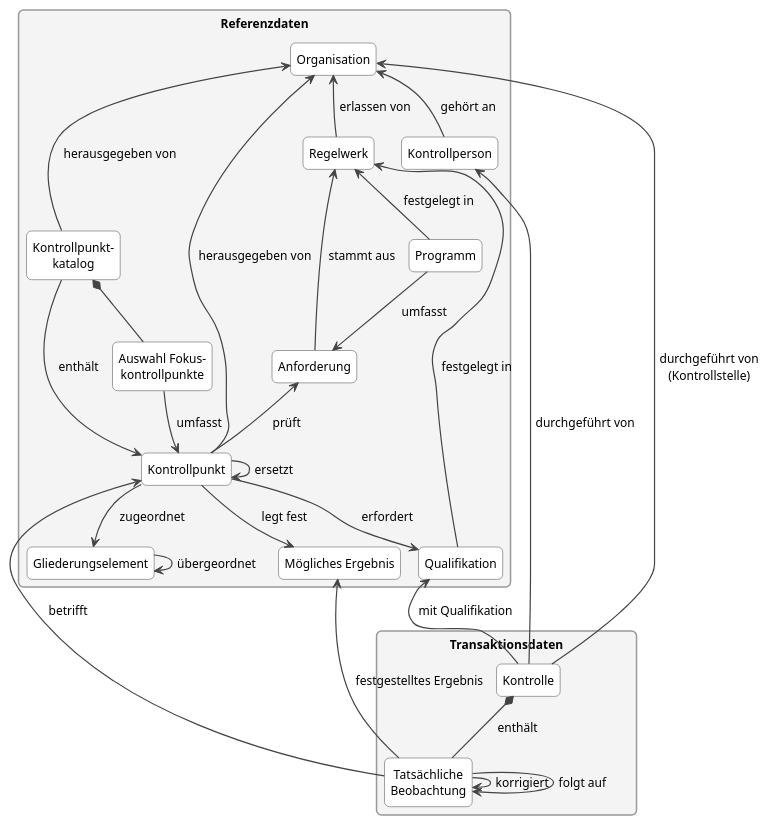
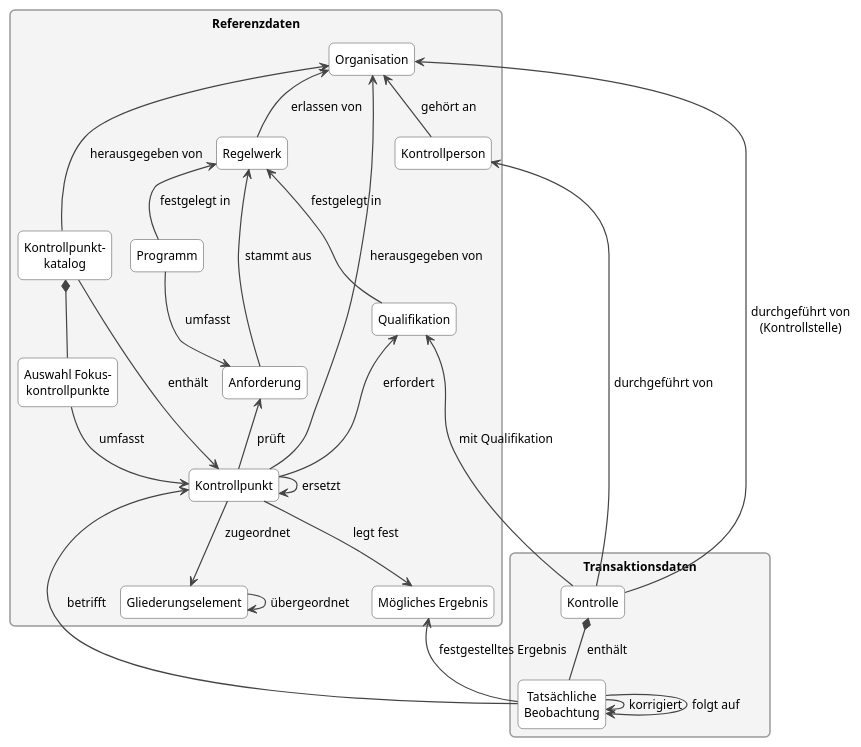
One commit to blw-ofag-ufag/eCH-0264 changed the diagram in docs/de/assets/puml/conceptual_model.puml. Above: the diagram before and after it, drawn with PlantUML. The commit also changed other lines of this file and 24 other files, not shown here.

```diff
--- a/docs/de/assets/puml/conceptual_model.puml
+++ b/docs/de/assets/puml/conceptual_model.puml
@@ -5,63 +10,63 @@
 @startuml
 !pragma layout smetana
 skinparam shadowing false
 skinparam roundCorner 10
 skinparam packageStyle rectangle
 skinparam defaultFontSize 12
 skinparam Padding 3
 skinparam ArrowColor #444444
 skinparam ArrowThickness 1.2
 skinparam classBorderColor #444444
 skinparam classBackgroundColor #FFFFFF
 skinparam packageBorderColor #999999
 skinparam packageBackgroundColor #F4F4F4
 hide circle
 hide empty members
 
 package "Referenzdaten" as REF {
   class "Organisation" as ORG
+  class "Kontrollpunkt-\nkatalog" as KAT
+  class "Auswahl Fokus-\nkontrollpunkte" as FKP
+  class "Regelwerk" as RW
   class "Kontrollperson" as PER
-  class "Qualifikation" as QUA
-  class "Regelwerk" as RW
   class "Anforderung" as ANF
   class "Programm" as PRG
+  class "Qualifikation" as QUA
   class "Kontrollpunkt" as KP
+  class "Gliederungselement" as GE
   class "Mögliches Ergebnis" as ERG
-  class "Gliederungselement" as GE
-  class "Kontrollpunkt-\nkatalog" as KAT
-  class "Auswahl Fokus-\nkontrollpunkte" as FKP
 
   RW -up-> ORG : erlassen von
   ANF -up-> RW : stammt aus
   PRG -up-> RW : festgelegt in
-  PRG --> ANF : umfasst
+  PRG -down-> ANF : umfasst
+  PER -up-> ORG : gehört an
+  QUA -up-> RW : festgelegt in
   KP -up-> ANF : prüft
   KP -up-> ORG : herausgegeben von
+  KP -up-> QUA : erfordert
+  KAT -up-> ORG : herausgegeben von
+  KAT *-down- FKP
+  KAT -down-> KP : enthält
+  FKP -down-> KP : umfasst
+  KP --> KP : ersetzt
+  KP -down-> GE : zugeordnet
+  GE --> GE : übergeordnet
   KP -down-> ERG : legt fest
-  KP --> GE : zugeordnet
-  GE --> GE : übergeordnet
-  KP --> KP : ersetzt
-  KAT --> KP : enthält
-  KAT -up-> ORG : herausgegeben von
-  KAT *-- FKP
-  FKP --> KP : umfasst
-  KP --> QUA : erfordert
-  QUA -up-> RW : festgelegt in
-  PER -up-> ORG : gehört an
 }
 
 package "Transaktionsdaten" as TRX {
   class "Kontrolle" as KON
   class "Tatsächliche\nBeobachtung" as BEO
   KON *-down- BEO : enthält
   BEO --> BEO : korrigiert
   BEO --> BEO : folgt auf
 }
 
-BEO -up-> KP : betrifft
-BEO -up-> ERG : festgestelltes Ergebnis
 KON -up-> ORG : durchgeführt von\n(Kontrollstelle)
 KON -up-> PER : durchgeführt von
 KON -up-> QUA : mit Qualifikation
-REF -[hidden]down- TRX
+BEO -up-> KP : betrifft
+BEO -up-> ERG : festgestelltes Ergebnis
+QUA -[hidden]down- KON
 @enduml
```
